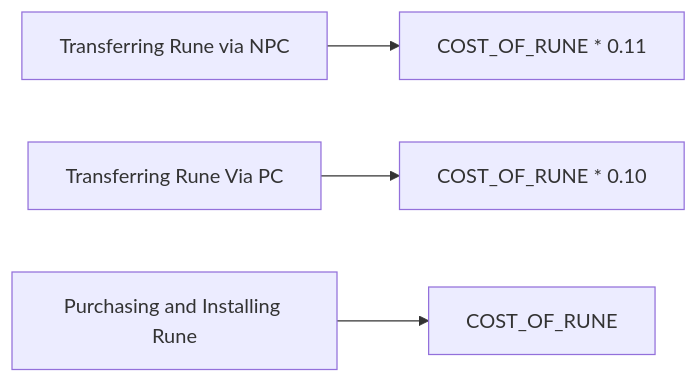
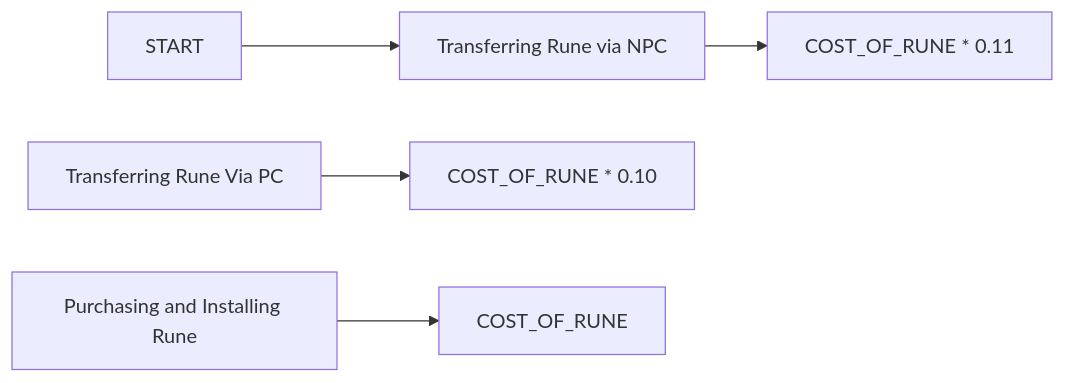
One commit to speck0413/notes changed the second of 2 diagrams in PF2E/Strength of Thousands/Flow Charts/Rune Guide.md. Above: the diagram before and after it, drawn with Mermaid. The commit also changed other lines of this file, not shown here.

````diff
--- a/PF2E/Strength of Thousands/Flow Charts/Rune Guide.md
+++ b/PF2E/Strength of Thousands/Flow Charts/Rune Guide.md
@@ -27,18 +26,18 @@
 ```mermaid
 
 flowchart LR
 
 NPC[Transferring Rune via NPC]
 NPC_COST[COST_OF_RUNE * 0.11]
 
 PC[Transferring Rune Via PC]
 PC_COST[COST_OF_RUNE * 0.10]
 
 RUNE[Purchasing and Installing Rune]
 RUNE_COST[COST_OF_RUNE]
 
-NPC-->NPC_COST
+START-->NPC-->NPC_COST
 PC-->PC_COST
 RUNE-->RUNE_COST
 
 ```
````
